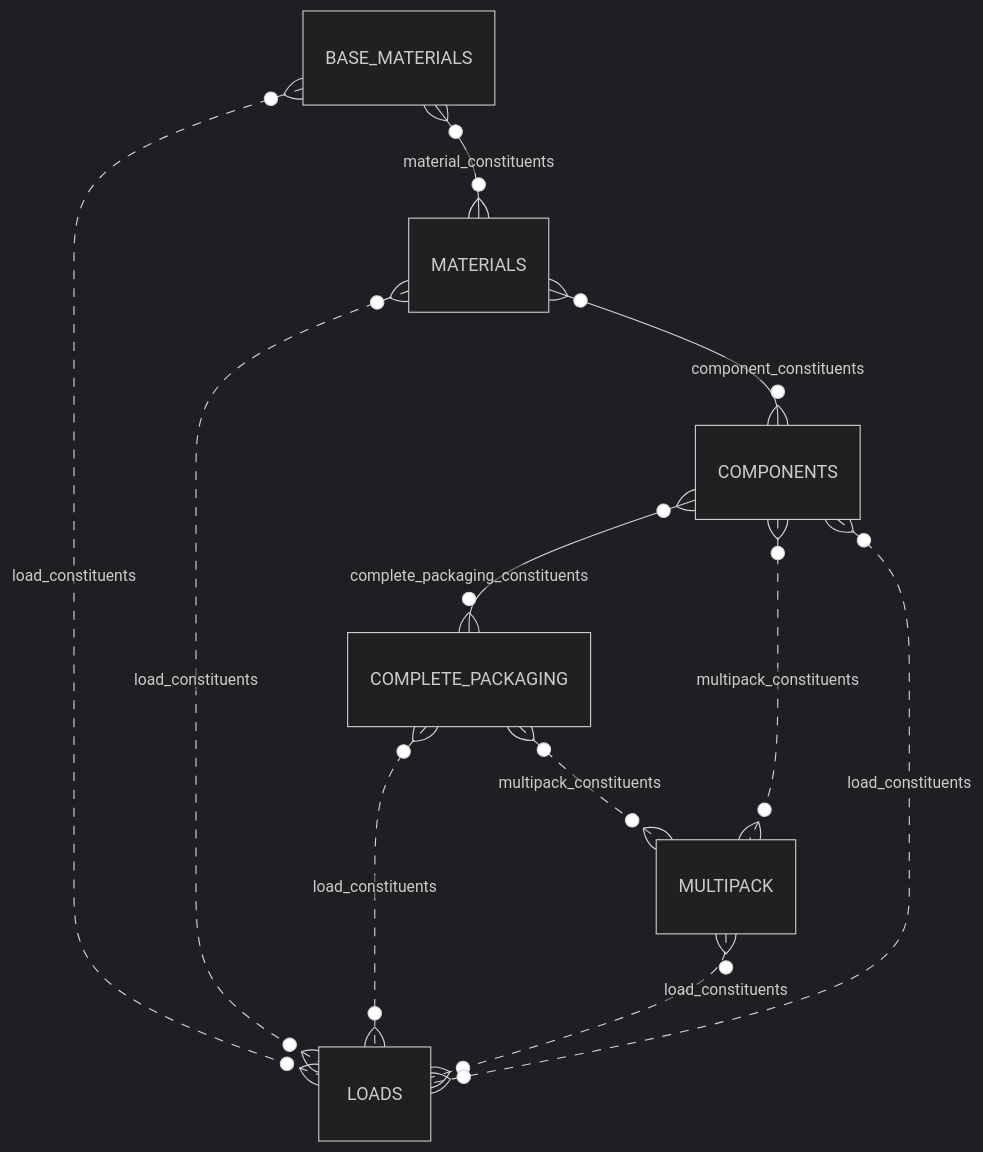
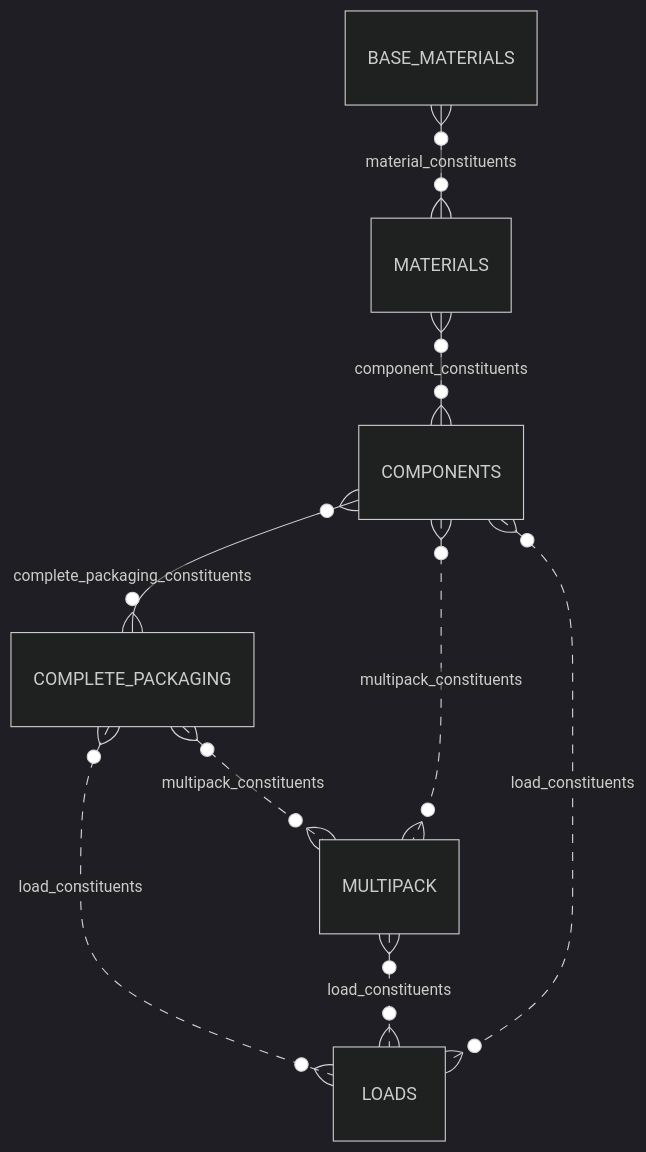
Before and after one commit to OpenDataManchester/Open3P: the diagram in docs/1_Start_Here/1_4_Data_Schema.md, drawn with Mermaid (dark theme).

Commit message:
Remove load_constituents joins for BASE_MATERIALS and MATERIALS

````diff
--- a/docs/1_Start_Here/1_4_Data_Schema.md
+++ b/docs/1_Start_Here/1_4_Data_Schema.md
@@ -14,13 +14,11 @@
 ``` mermaid
 erDiagram
   BASE_MATERIALS }o--o{ MATERIALS : material_constituents
   MATERIALS }o--o{ COMPONENTS : component_constituents
   COMPONENTS }o--o{ COMPLETE_PACKAGING : complete_packaging_constituents
   COMPLETE_PACKAGING }o..o{ MULTIPACK : multipack_constituents
   COMPONENTS }o..o{ MULTIPACK : multipack_constituents
-  BASE_MATERIALS }o..o{ LOADS : load_constituents
-  MATERIALS }o..o{ LOADS : load_constituents
   COMPLETE_PACKAGING }o..o{ LOADS : load_constituents
   MULTIPACK }o..o{ LOADS : load_constituents
   COMPONENTS }o..o{ LOADS : load_constituents
 ```
````
